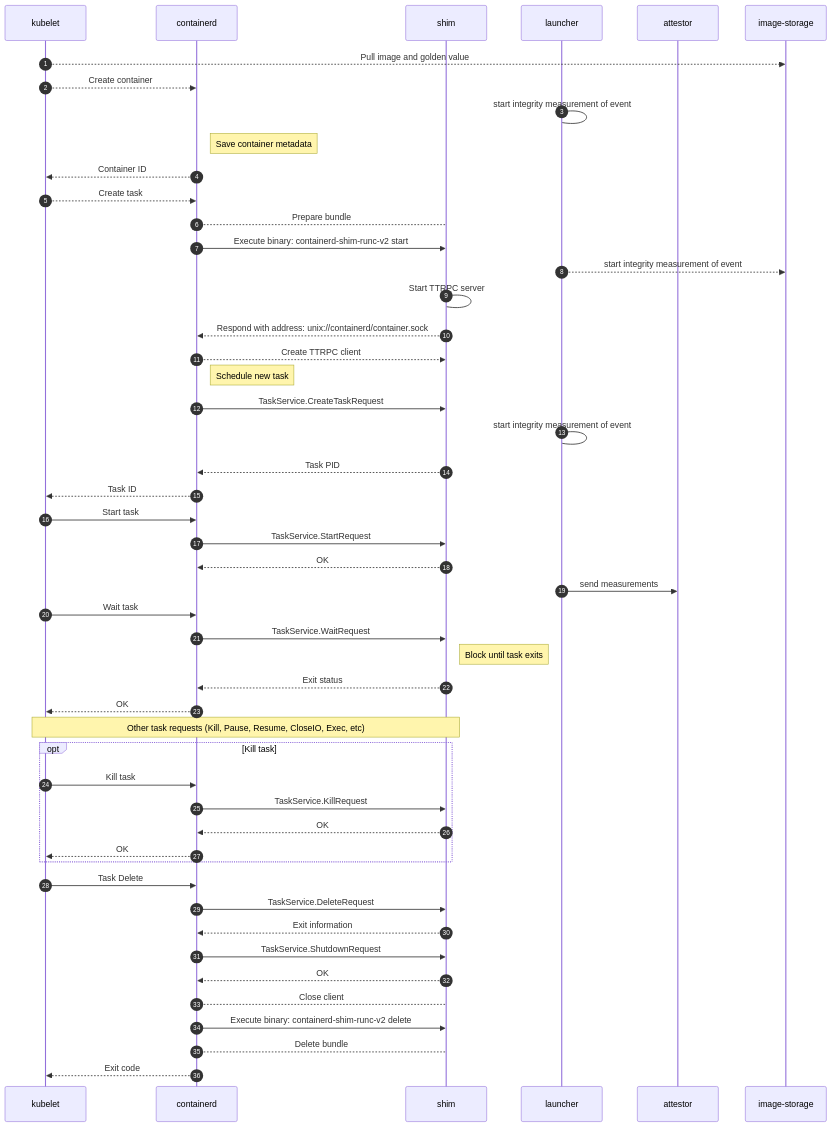
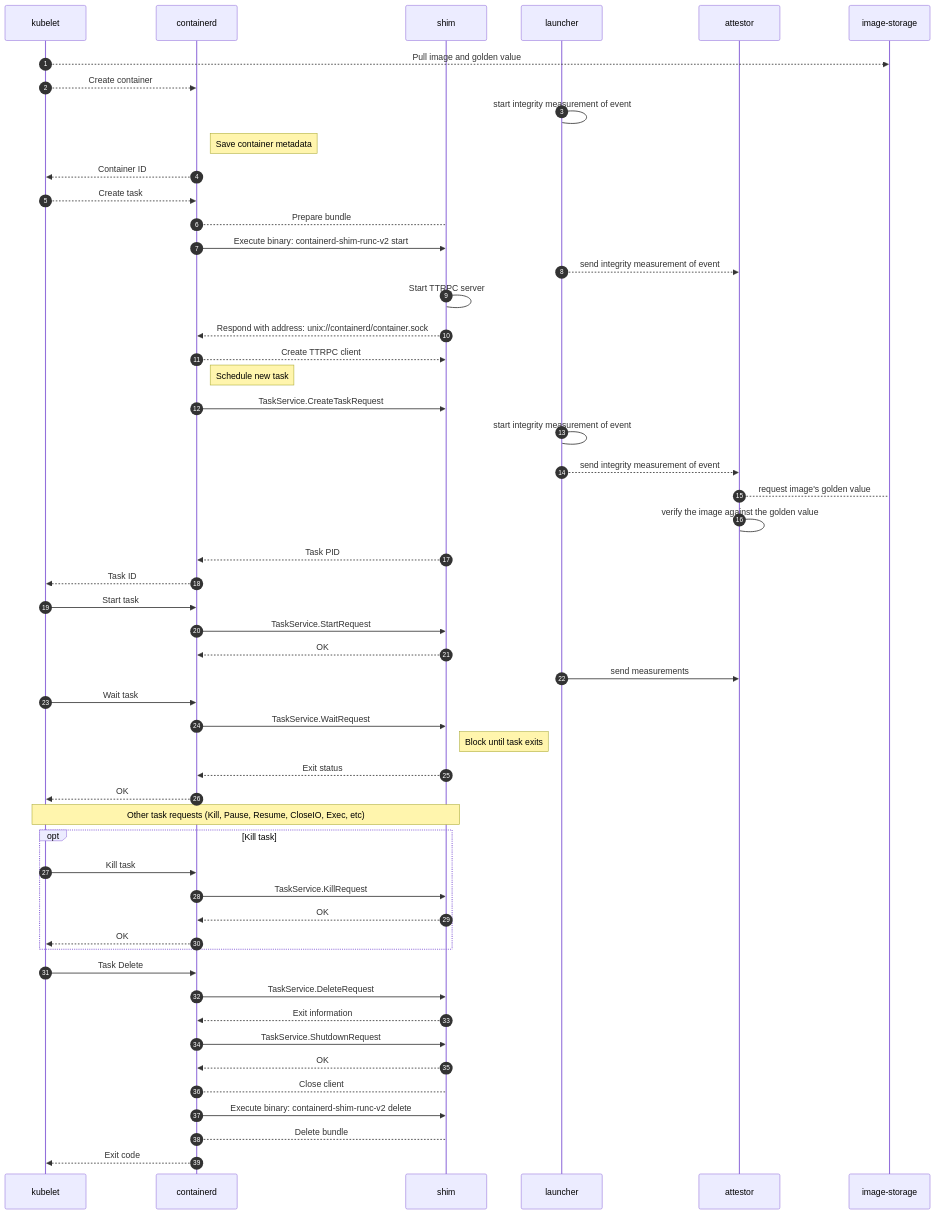
The diagram in doc/trusted_launcher.md (cc-api/cc-trusted-launcher), drawn with Mermaid before and after one commit.

```diff
--- a/doc/trusted_launcher.md
+++ b/doc/trusted_launcher.md
@@ -68,7 +68,7 @@
     %% Start shim
     containerd-->shim: Prepare bundle
     containerd->>shim: Execute binary: containerd-shim-runc-v2 start
-    launcher-->>image-storage: start integrity measurement of event
+    launcher-->>attestor: send integrity measurement of event
     shim->shim: Start TTRPC server
     shim-->>containerd: Respond with address: unix://containerd/container.sock
     containerd-->>shim: Create TTRPC client
@@ -79,6 +79,9 @@
 
     containerd->>shim: TaskService.CreateTaskRequest
     launcher->launcher: start integrity measurement of event
+    launcher-->>attestor: send integrity measurement of event
+    attestor-->image-storage: request image's golden value
+    attestor->attestor: verify the image against the golden value
     shim-->>containerd: Task PID
     containerd-->>kubelet: Task ID
 
```
